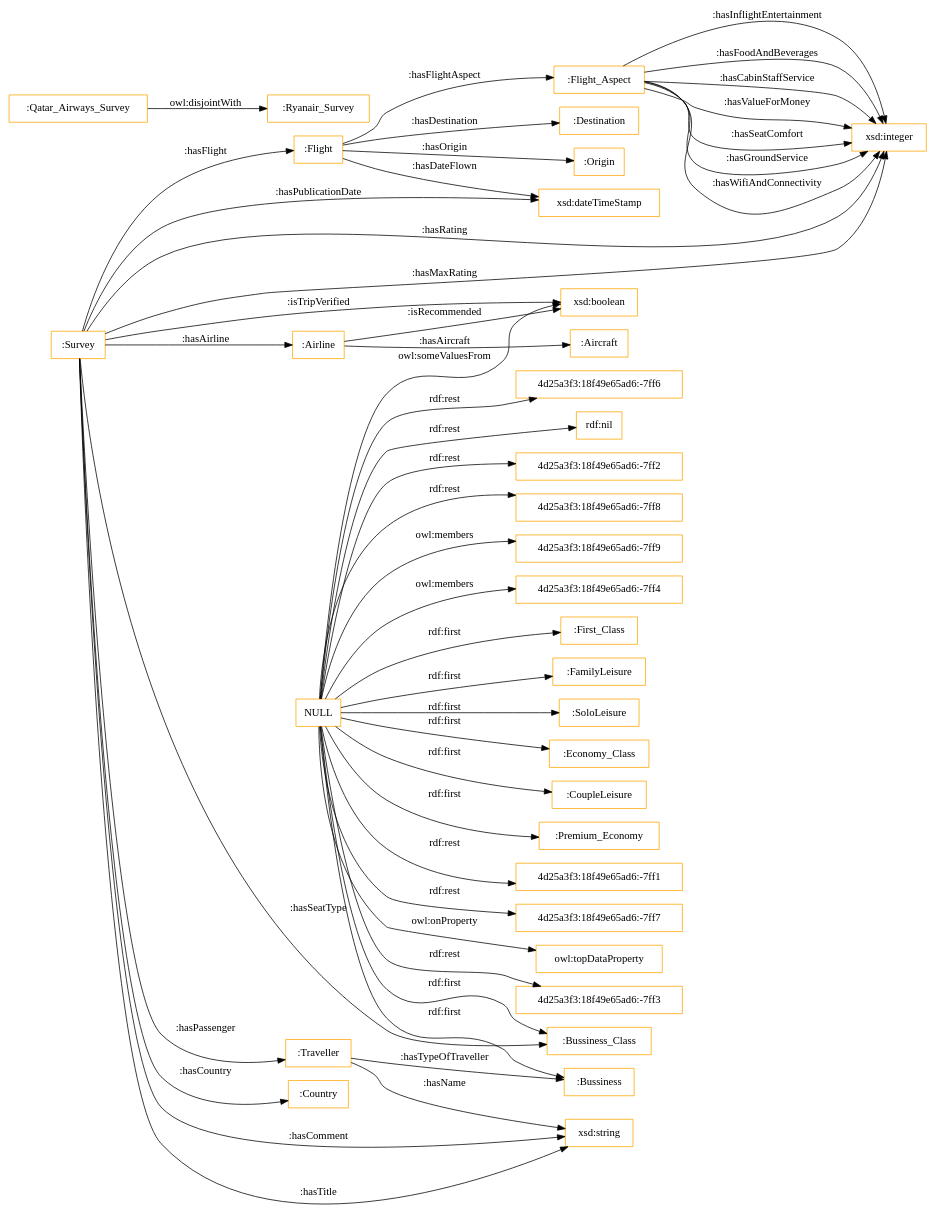
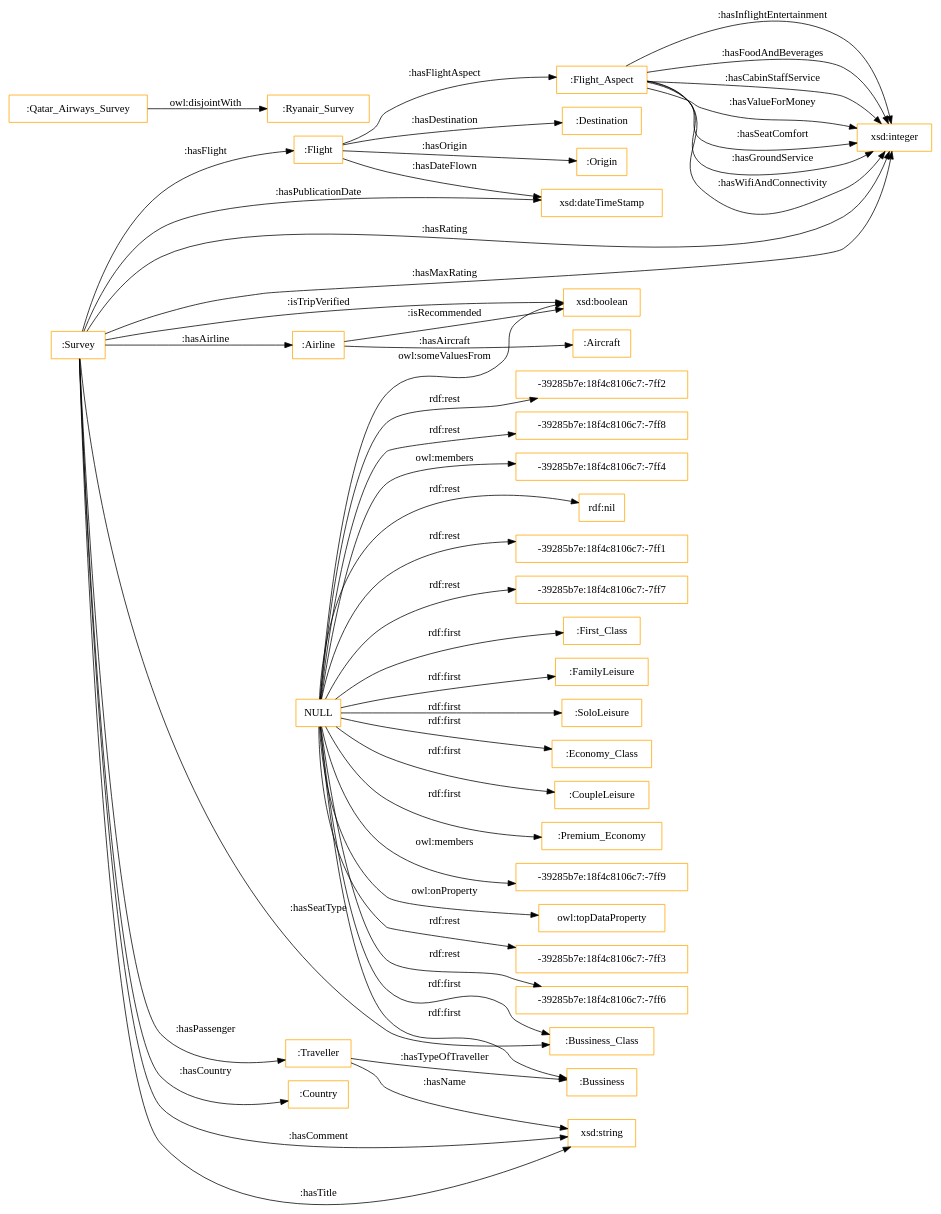
One commit to mgamboav/FlightSurveyOntology changed the diagram in OnToology/FlightSurveyOntology.owl/diagrams/ar2dtool-class/FlightSurveyOntology.owl.png.dot. Above: the diagram before and after it, drawn with Graphviz. The commit also changed 2 other files, not shown here.

```diff
--- a/OnToology/FlightSurveyOntology.owl/diagrams/ar2dtool-class/FlightSurveyOntology.owl.png.dot
+++ b/OnToology/FlightSurveyOntology.owl/diagrams/ar2dtool-class/FlightSurveyOntology.owl.png.dot
@@ -1,52 +1,52 @@
 digraph ar2dtool_diagram { 
 rankdir=LR;
 size="1501"
 node [shape = rectangle, color="orange"]; ":Traveller" ":Destination" ":Flight" ":Economy_Class" ":Bussiness_Class" ":Origin" ":Aircraft" ":Flight_Aspect" ":Survey" ":First_Class" ":Qatar_Airways_Survey" ":FamilyLeisure" ":Airline" ":SoloLeisure" ":CoupleLeisure" ":Country" ":Premium_Economy" ":Ryanair_Survey" ":Bussiness" ; /*classes style*/
 	"NULL" -> ":CoupleLeisure" [ label = "rdf:first" ];
-	"NULL" -> "4d25a3f3:18f49e65ad6:-7ff1" [ label = "rdf:rest" ];
-	"NULL" -> "4d25a3f3:18f49e65ad6:-7ff7" [ label = "rdf:rest" ];
+	"NULL" -> "-39285b7e:18f4c8106c7:-7ff9" [ label = "owl:members" ];
 	"NULL" -> "owl:topDataProperty" [ label = "owl:onProperty" ];
-	"NULL" -> "4d25a3f3:18f49e65ad6:-7ff3" [ label = "rdf:rest" ];
-	"NULL" -> "4d25a3f3:18f49e65ad6:-7ff6" [ label = "rdf:rest" ];
+	"NULL" -> "-39285b7e:18f4c8106c7:-7ff3" [ label = "rdf:rest" ];
+	"NULL" -> "-39285b7e:18f4c8106c7:-7ff6" [ label = "rdf:rest" ];
 	"NULL" -> ":Bussiness" [ label = "rdf:first" ];
 	"NULL" -> ":Premium_Economy" [ label = "rdf:first" ];
+	"NULL" -> "-39285b7e:18f4c8106c7:-7ff2" [ label = "rdf:rest" ];
+	"NULL" -> "-39285b7e:18f4c8106c7:-7ff8" [ label = "rdf:rest" ];
+	"NULL" -> "-39285b7e:18f4c8106c7:-7ff4" [ label = "owl:members" ];
 	"NULL" -> "rdf:nil" [ label = "rdf:rest" ];
 	"NULL" -> ":Bussiness_Class" [ label = "rdf:first" ];
 	"NULL" -> ":Economy_Class" [ label = "rdf:first" ];
 	"NULL" -> ":SoloLeisure" [ label = "rdf:first" ];
-	"NULL" -> "4d25a3f3:18f49e65ad6:-7ff2" [ label = "rdf:rest" ];
-	"NULL" -> "4d25a3f3:18f49e65ad6:-7ff8" [ label = "rdf:rest" ];
 	"NULL" -> ":FamilyLeisure" [ label = "rdf:first" ];
 	"NULL" -> "xsd:boolean" [ label = "owl:someValuesFrom" ];
 	"NULL" -> ":First_Class" [ label = "rdf:first" ];
-	"NULL" -> "4d25a3f3:18f49e65ad6:-7ff9" [ label = "owl:members" ];
-	"NULL" -> "4d25a3f3:18f49e65ad6:-7ff4" [ label = "owl:members" ];
+	"NULL" -> "-39285b7e:18f4c8106c7:-7ff1" [ label = "rdf:rest" ];
+	"NULL" -> "-39285b7e:18f4c8106c7:-7ff7" [ label = "rdf:rest" ];
 	":Qatar_Airways_Survey" -> ":Ryanair_Survey" [ label = "owl:disjointWith" ];
 	":Flight" -> ":Origin" [ label = ":hasOrigin" ];
 	":Survey" -> ":Flight" [ label = ":hasFlight" ];
 	":Survey" -> "xsd:integer" [ label = ":hasRating" ];
 	":Survey" -> "xsd:string" [ label = ":hasTitle" ];
 	":Flight_Aspect" -> "xsd:integer" [ label = ":hasValueForMoney" ];
 	":Survey" -> ":Airline" [ label = ":hasAirline" ];
 	":Survey" -> "xsd:dateTimeStamp" [ label = ":hasPublicationDate" ];
 	":Survey" -> "xsd:boolean" [ label = ":isTripVerified" ];
 	":Flight" -> "xsd:dateTimeStamp" [ label = ":hasDateFlown" ];
 	":Airline" -> ":Aircraft" [ label = ":hasAircraft" ];
 	":Traveller" -> "xsd:string" [ label = ":hasName" ];
 	":Survey" -> "xsd:integer" [ label = ":hasMaxRating" ];
 	":Survey" -> ":Country" [ label = ":hasCountry" ];
 	":Flight_Aspect" -> "xsd:integer" [ label = ":hasSeatComfort" ];
 	":Survey" -> "xsd:string" [ label = ":hasComment" ];
 	":Survey" -> ":Traveller" [ label = ":hasPassenger" ];
 	":Flight_Aspect" -> "xsd:integer" [ label = ":hasGroundService" ];
 	":Flight" -> ":Destination" [ label = ":hasDestination" ];
 	":Flight" -> ":Flight_Aspect" [ label = ":hasFlightAspect" ];
 	":Traveller" -> ":Bussiness" [ label = ":hasTypeOfTraveller" ];
 	":Flight_Aspect" -> "xsd:integer" [ label = ":hasWifiAndConnectivity" ];
 	":Flight_Aspect" -> "xsd:integer" [ label = ":hasInflightEntertainment" ];
 	":Survey" -> ":Bussiness_Class" [ label = ":hasSeatType" ];
 	":Airline" -> "xsd:boolean" [ label = ":isRecommended" ];
 	":Flight_Aspect" -> "xsd:integer" [ label = ":hasFoodAndBeverages" ];
 	":Flight_Aspect" -> "xsd:integer" [ label = ":hasCabinStaffService" ];
 
 }
```
